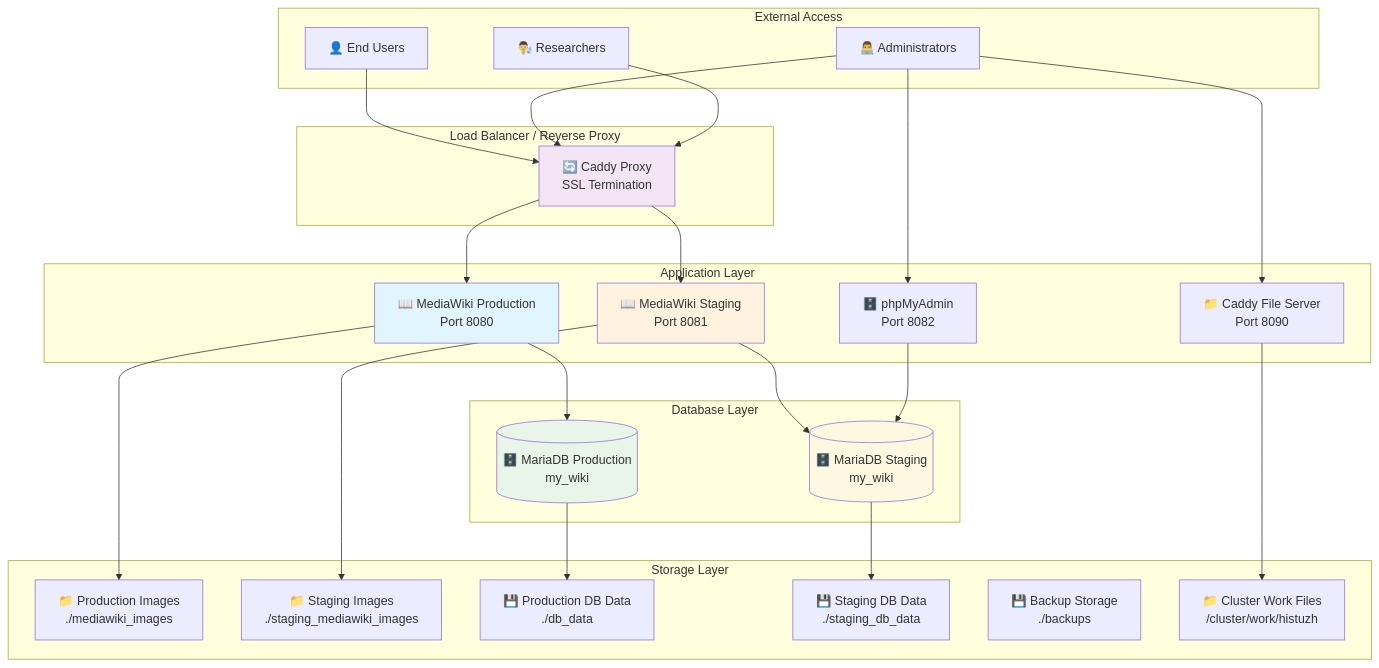
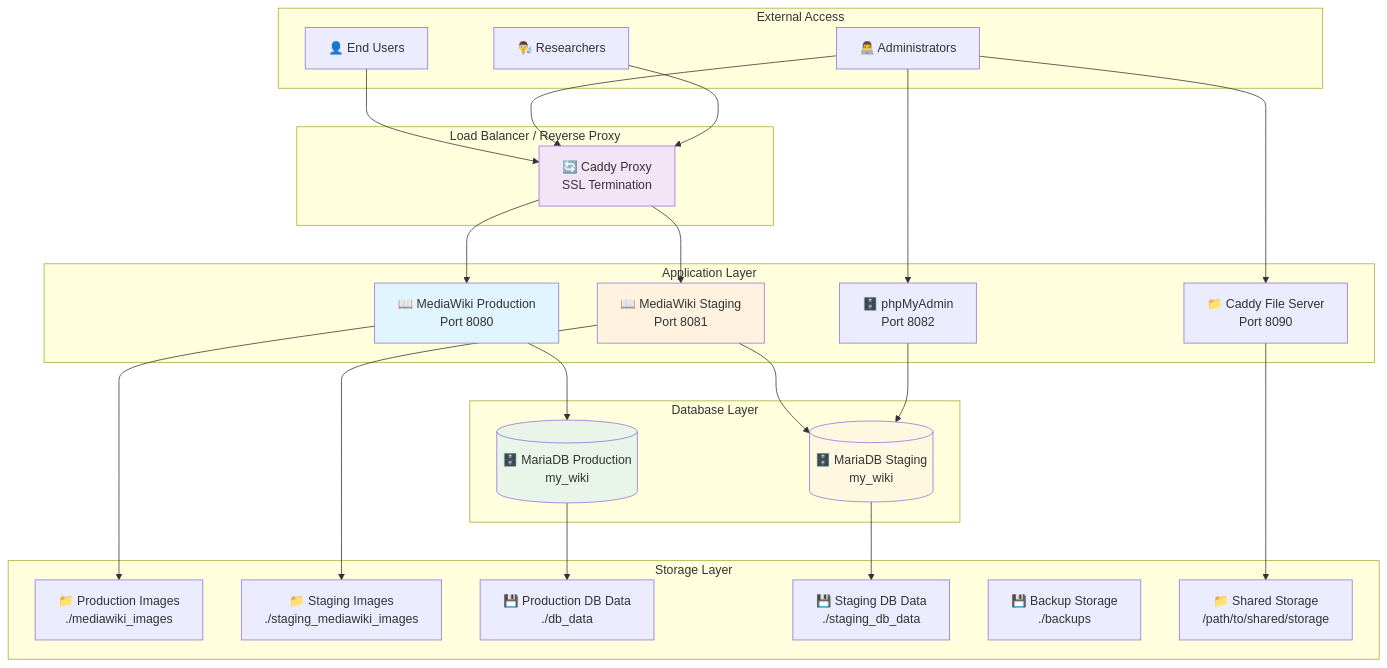
Before and after one commit to maehr/Sexueller-Missbrauch-im-Umfeld-der-katholischen-Kirche-in-der-Schweiz: the first of 11 diagrams in src/DEPLOYMENT.qmd, drawn with Mermaid. The commit also changed other lines of this file and 10 other files, not shown here.

Commit message:
docs: Add a detailed development timeline and refactor the evolution document to reference dedicated configuration and deployment files.

````diff
--- a/src/DEPLOYMENT.qmd
+++ b/src/DEPLOYMENT.qmd
@@ -23,60 +23,60 @@
 ```{mermaid}
 graph TB
     subgraph "External Access"
         User[👤 End Users]
         Admin[👨‍💻 Administrators]
         Researcher[👨‍🔬 Researchers]
     end
 
     subgraph "Load Balancer / Reverse Proxy"
         Caddy[🔄 Caddy Proxy<br/>SSL Termination]
     end
 
     subgraph "Application Layer"
         MW_Prod[📖 MediaWiki Production<br/>Port 8080]
         MW_Staging[📖 MediaWiki Staging<br/>Port 8081]
         PhpMyAdmin[🗄️ phpMyAdmin<br/>Port 8082]
         FileServer[📁 Caddy File Server<br/>Port 8090]
     end
 
     subgraph "Database Layer"
         DB_Prod[(🗄️ MariaDB Production<br/>my_wiki)]
         DB_Staging[(🗄️ MariaDB Staging<br/>my_wiki)]
     end
 
     subgraph "Storage Layer"
         Images_Prod[📁 Production Images<br/>./mediawiki_images]
         Images_Staging[📁 Staging Images<br/>./staging_mediawiki_images]
         DB_Data_Prod[💾 Production DB Data<br/>./db_data]
         DB_Data_Staging[💾 Staging DB Data<br/>./staging_db_data]
         Backups[💾 Backup Storage<br/>./backups]
-        ClusterWork[📁 Cluster Work Files<br/>/cluster/work/histuzh]
+        ClusterWork[📁 Shared Storage<br/>/path/to/shared/storage]
     end
 
     User --> Caddy
     Admin --> Caddy
     Researcher --> Caddy
 
     Caddy --> MW_Prod
     Caddy --> MW_Staging
     Admin --> PhpMyAdmin
     Admin --> FileServer
 
     MW_Prod --> DB_Prod
     MW_Staging --> DB_Staging
 
     MW_Prod --> Images_Prod
     MW_Staging --> Images_Staging
 
     DB_Prod --> DB_Data_Prod
     DB_Staging --> DB_Data_Staging
 
     PhpMyAdmin --> DB_Staging
     FileServer --> ClusterWork
 
     style MW_Prod fill:#e1f5fe
     style MW_Staging fill:#fff3e0
     style DB_Prod fill:#e8f5e8
     style DB_Staging fill:#fff8e1
     style Caddy fill:#f3e5f5
 ```
````
